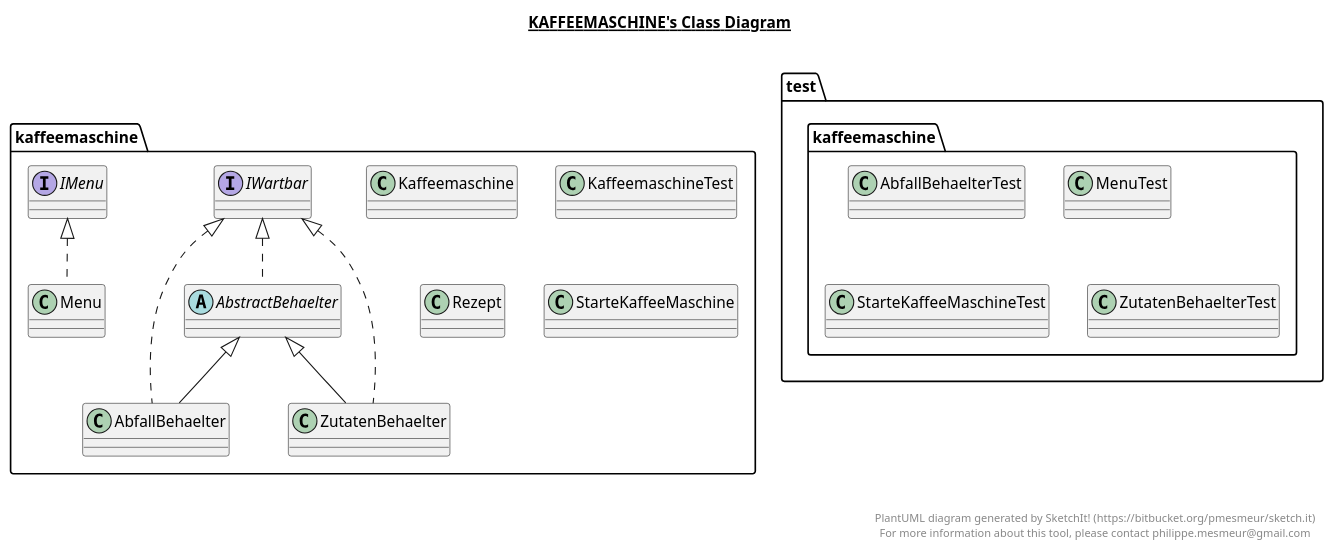
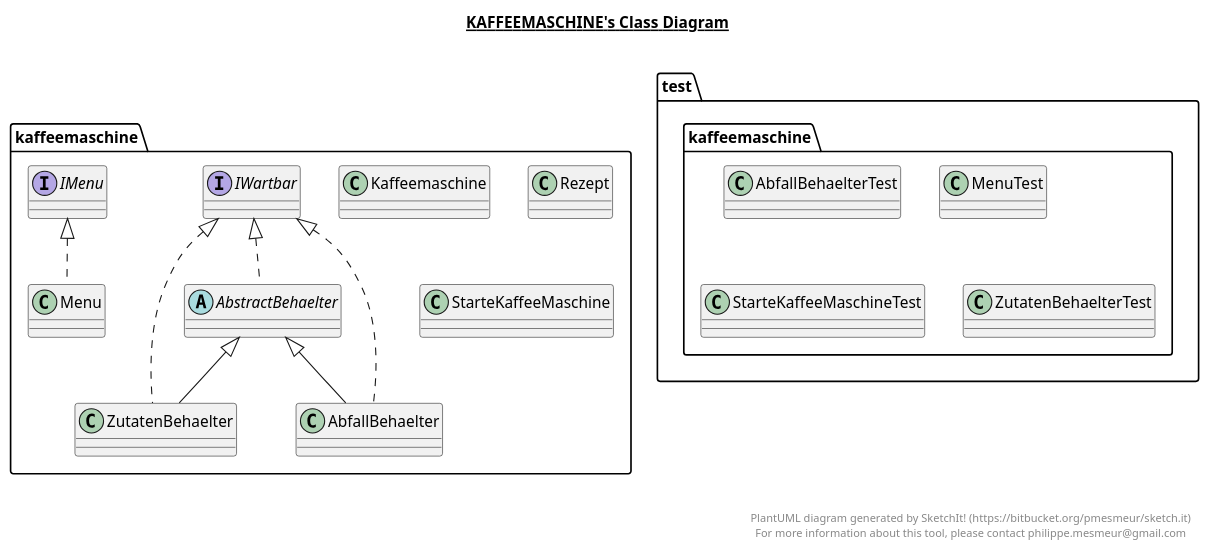
One commit to luzumi/KaffeeMaschine changed the diagram in KaffeeMaschine.plantuml. Above: the diagram before and after it, drawn with PlantUML. The commit also changed 10 other files, not shown here.

```diff
--- a/KaffeeMaschine.plantuml
+++ b/KaffeeMaschine.plantuml
@@ -1,104 +1,98 @@
 @startuml
 
 title __KAFFEEMASCHINE's Class Diagram__\n
 
   namespace kaffeemaschine {
     class kaffeemaschine.AbfallBehaelter {
     }
   }
   
 
   namespace kaffeemaschine {
     abstract class kaffeemaschine.AbstractBehaelter {
     }
   }
   
 
   namespace kaffeemaschine {
     interface kaffeemaschine.IMenu {
     }
   }
   
 
   namespace kaffeemaschine {
     interface kaffeemaschine.IWartbar {
     }
   }
   
 
   namespace kaffeemaschine {
     class kaffeemaschine.Kaffeemaschine {
-    }
-  }
-  
-
-  namespace kaffeemaschine {
-    class kaffeemaschine.KaffeemaschineTest {
     }
   }
   
 
   namespace kaffeemaschine {
     class kaffeemaschine.Menu {
     }
   }
   
 
   namespace kaffeemaschine {
     class kaffeemaschine.Rezept {
     }
   }
   
 
   namespace kaffeemaschine {
     class kaffeemaschine.StarteKaffeeMaschine {
     }
   }
   
 
   namespace kaffeemaschine {
     class kaffeemaschine.ZutatenBehaelter {
     }
   }
   
 
   namespace test.kaffeemaschine {
     class test.kaffeemaschine.AbfallBehaelterTest {
     }
   }
   
 
   namespace test.kaffeemaschine {
     class test.kaffeemaschine.MenuTest {
     }
   }
   
 
   namespace test.kaffeemaschine {
     class test.kaffeemaschine.StarteKaffeeMaschineTest {
     }
   }
   
 
   namespace test.kaffeemaschine {
     class test.kaffeemaschine.ZutatenBehaelterTest {
     }
   }
   
 
   kaffeemaschine.AbfallBehaelter .up.|> kaffeemaschine.IWartbar
   kaffeemaschine.AbfallBehaelter -up-|> kaffeemaschine.AbstractBehaelter
   kaffeemaschine.AbstractBehaelter .up.|> kaffeemaschine.IWartbar
   kaffeemaschine.Menu .up.|> kaffeemaschine.IMenu
   kaffeemaschine.ZutatenBehaelter .up.|> kaffeemaschine.IWartbar
   kaffeemaschine.ZutatenBehaelter -up-|> kaffeemaschine.AbstractBehaelter
 
 
 right footer
 
 
 PlantUML diagram generated by SketchIt! (https://bitbucket.org/pmesmeur/sketch.it)
 For more information about this tool, please contact philippe.mesmeur@gmail.com
 endfooter
 
 @enduml
```
